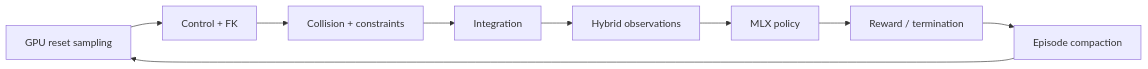
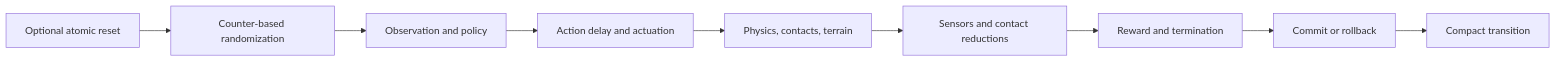
Before and after one commit to Numi2/numi-lab: the third of 3 diagrams in docs/WORLD_ENGINE.md, drawn with Mermaid. The commit also changed other lines of this file and 83 other files, not shown here.

Commit message:
Consolidate MetalRobo architecture and reduce obsolete code

````diff
--- a/docs/WORLD_ENGINE.md
+++ b/docs/WORLD_ENGINE.md
@@ -591,11 +162,11 @@
 ```mermaid
 flowchart LR
-    A["GPU reset sampling"] --> B["Control + FK"]
-    B --> C["Collision + constraints"]
-    C --> D["Integration"]
-    D --> E["Hybrid observations"]
-    E --> F["MLX policy"]
-    F --> G["Reward / termination"]
-    G --> H["Episode compaction"]
-    H --> A
+    A["Optional atomic reset"] --> B["Counter-based randomization"]
+    B --> C["Observation and policy"]
+    C --> D["Action delay and actuation"]
+    D --> E["Physics, contacts, terrain"]
+    E --> F["Sensors and contact reductions"]
+    F --> G["Reward and termination"]
+    G --> H["Commit or rollback"]
+    H --> I["Compact transition"]
 ```
````
